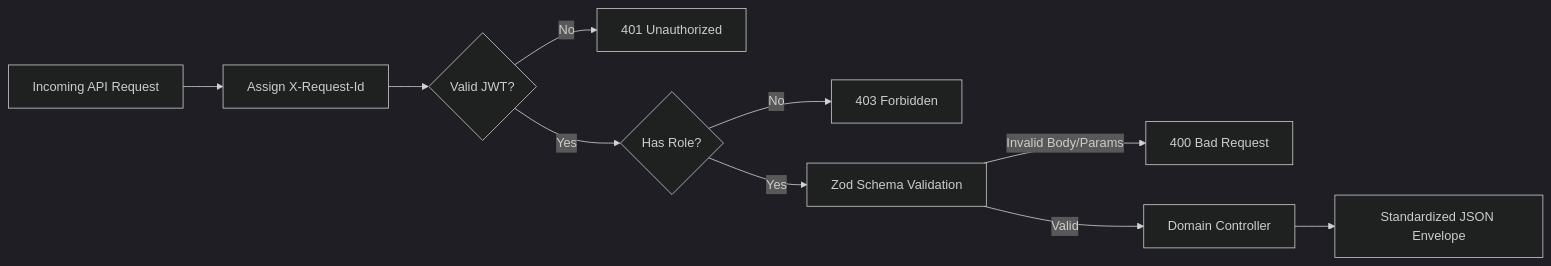
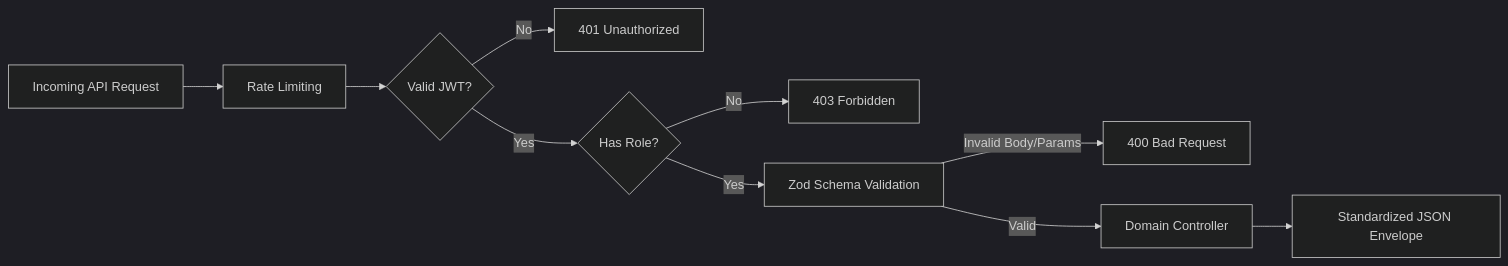
The fourth of 4 diagrams in README.md (nishchaychaudhary1729/backend-zorvyn), drawn with Mermaid (dark theme) before and after one commit. The commit also changed other lines of this file and 1 other file, not shown here.

````diff
--- a/README.md
+++ b/README.md
@@ -222,12 +219,12 @@
 ```mermaid
 flowchart LR
-    Req[Incoming API Request] --> Trace[Assign X-Request-Id]
-    Trace --> ValidAuth{Valid JWT?}
+    Req[Incoming API Request] --> Rate[Rate Limiting]
+    Rate --> ValidAuth{Valid JWT?}
     ValidAuth -- No --> 401[401 Unauthorized]
     ValidAuth -- Yes --> RoleCheck{Has Role?}
     RoleCheck -- No --> 403[403 Forbidden]
     RoleCheck -- Yes --> Zod[Zod Schema Validation]
     Zod -- Invalid Body/Params --> 400[400 Bad Request]
     Zod -- Valid --> Controller[Domain Controller]
     Controller --> Resp[Standardized JSON Envelope]
 ```
````
